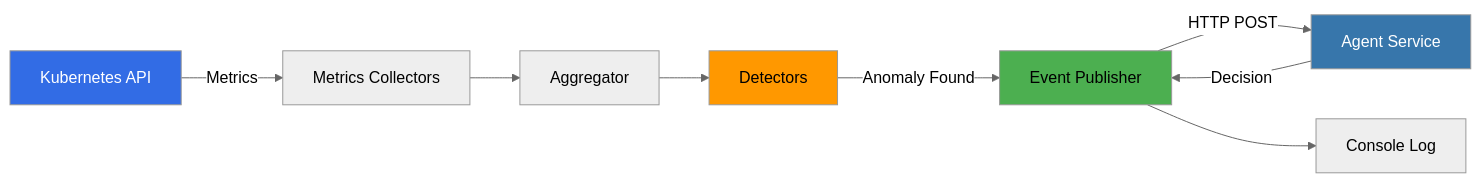
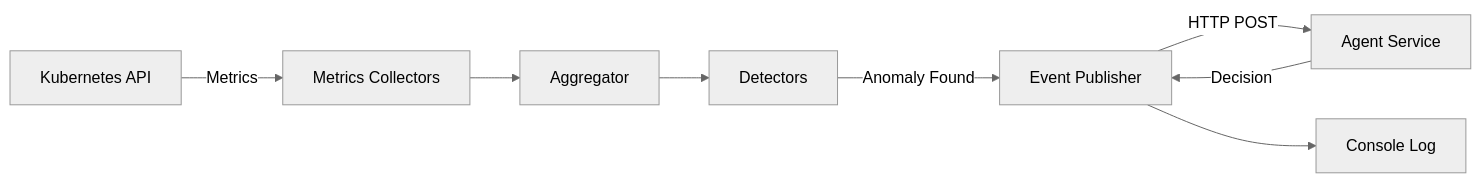
The first of 2 diagrams in telemetry-service/README.md (Mohamedaslam227/Agentic-Logs-Analyzer), drawn with Mermaid (neutral theme) before and after one commit. The commit also changed other lines of this file and 2 other files, not shown here.

First line of the commit message:
docs: Update READMEs with diagrams, remove emojis, and add project services

````diff
--- a/telemetry-service/README.md
+++ b/telemetry-service/README.md
@@ -11,15 +11,10 @@
 ```mermaid
 graph LR
     A[Kubernetes API] -->|Metrics| B[Metrics Collectors]
     B --> C[Aggregator]
     C --> D[Detectors]
     D -->|Anomaly Found| E[Event Publisher]
     E -->|HTTP POST| F[Agent Service]
     F -->|Decision| E
     E --> G[Console Log]
-    
-    style A fill:#326ce5,color:#fff
-    style D fill:#ff9800
-    style E fill:#4caf50
-    style F fill:#3776ab,color:#fff
 ```
````
